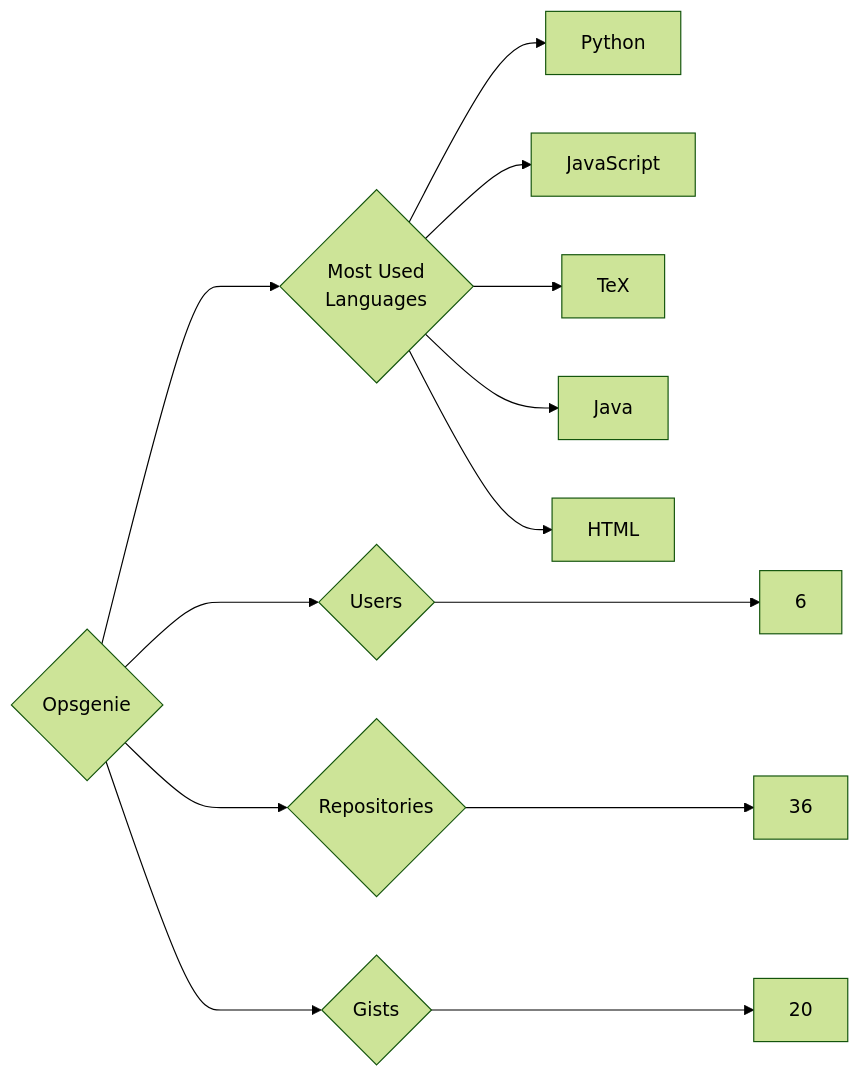
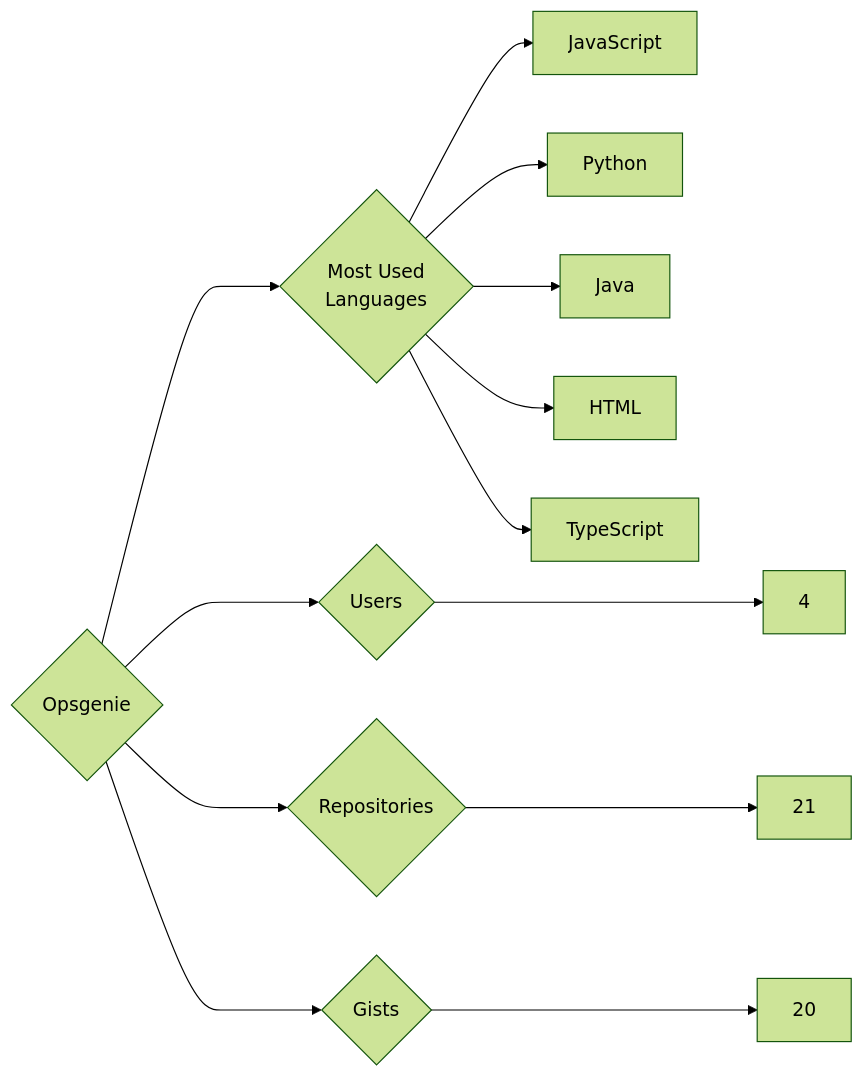
One commit to trickest/insiders changed the diagram in targets/Opsgenie/README.md. Above: the diagram before and after it, drawn with Mermaid (forest theme). The commit also changed 695 other files, not shown here.

````diff
--- a/targets/Opsgenie/README.md
+++ b/targets/Opsgenie/README.md
@@ -3,13 +3,13 @@
 ```mermaid
 graph LR
 COMPANY_NAME{Opsgenie}
-COMPANY_NAME ---> U{Users} ---> UN[6]
-COMPANY_NAME ---> R{Repositories} ---> RN[36]
+COMPANY_NAME ---> U{Users} ---> UN[4]
+COMPANY_NAME ---> R{Repositories} ---> RN[21]
 COMPANY_NAME ---> G{Gists} ---> GN[20]
 COMPANY_NAME ---> ML{Most Used<br>Languages}
+ML --> JavaScript[JavaScript]
 ML --> Python[Python]
-ML --> JavaScript[JavaScript]
-ML --> TeX[TeX]
 ML --> Java[Java]
 ML --> HTML[HTML]
+ML --> TypeScript[TypeScript]
 ```
````
